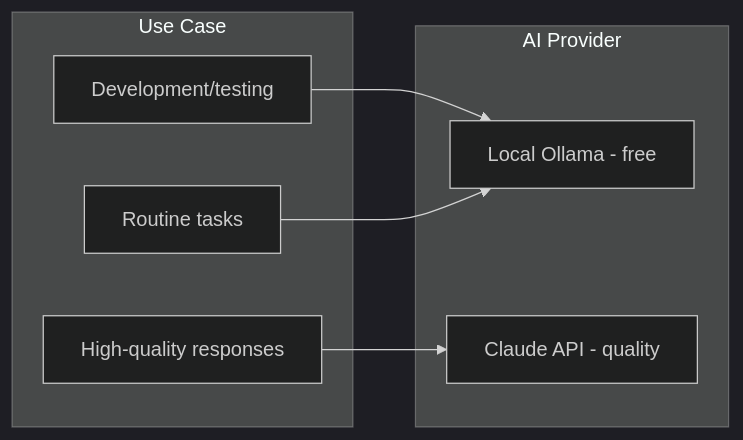
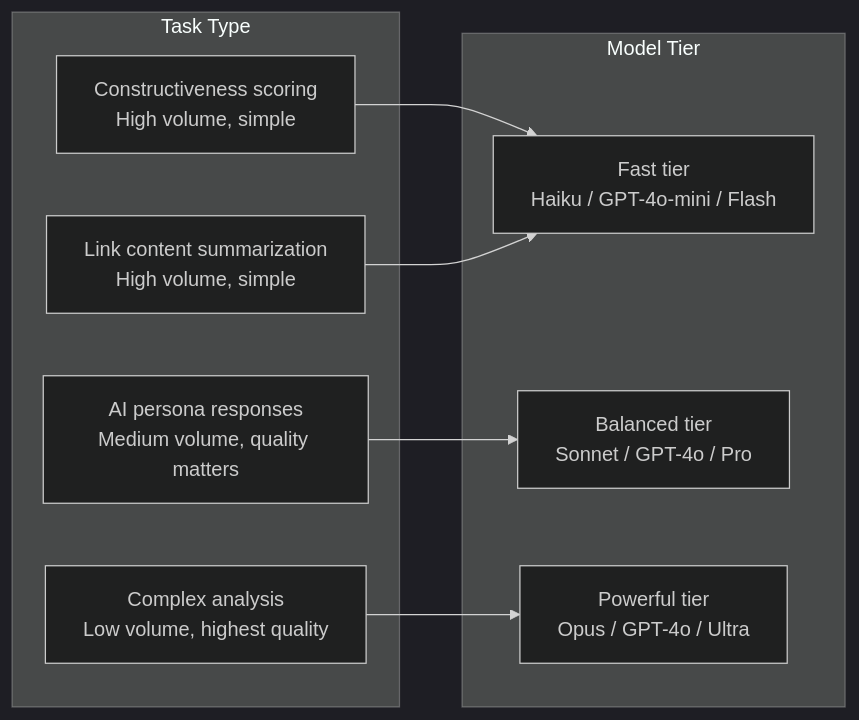
Before and after one commit to mickdarling/asocial: the tenth of 15 diagrams in docs/TECHNOLOGY_CHOICES.md, drawn with Mermaid (dark theme). The commit also changed other lines of this file and 1 other file, not shown here.

First line of the commit message:
Major updates: DollhouseMCP integration, multi-provider AI, Cloudflare details

````diff
--- a/docs/TECHNOLOGY_CHOICES.md
+++ b/docs/TECHNOLOGY_CHOICES.md
@@ -645,17 +711,20 @@
 ```mermaid
 flowchart LR
-    subgraph Use["Use Case"]
-        U1[Development/testing]
-        U2[Routine tasks]
-        U3[High-quality responses]
+    subgraph Tasks["Task Type"]
+        T1[Constructiveness scoring<br/>High volume, simple]
+        T2[AI persona responses<br/>Medium volume, quality matters]
+        T3[Complex analysis<br/>Low volume, highest quality]
+        T4[Link content summarization<br/>High volume, simple]
     end
 
-    subgraph Provider["AI Provider"]
-        P1[Local Ollama - free]
-        P2[Claude API - quality]
+    subgraph Models["Model Tier"]
+        M1[Fast tier<br/>Haiku / GPT-4o-mini / Flash]
+        M2[Balanced tier<br/>Sonnet / GPT-4o / Pro]
+        M3[Powerful tier<br/>Opus / GPT-4o / Ultra]
     end
 
-    U1 --> P1
-    U2 --> P1
-    U3 --> P2
+    T1 --> M1
+    T2 --> M2
+    T3 --> M3
+    T4 --> M1
 ```
````
